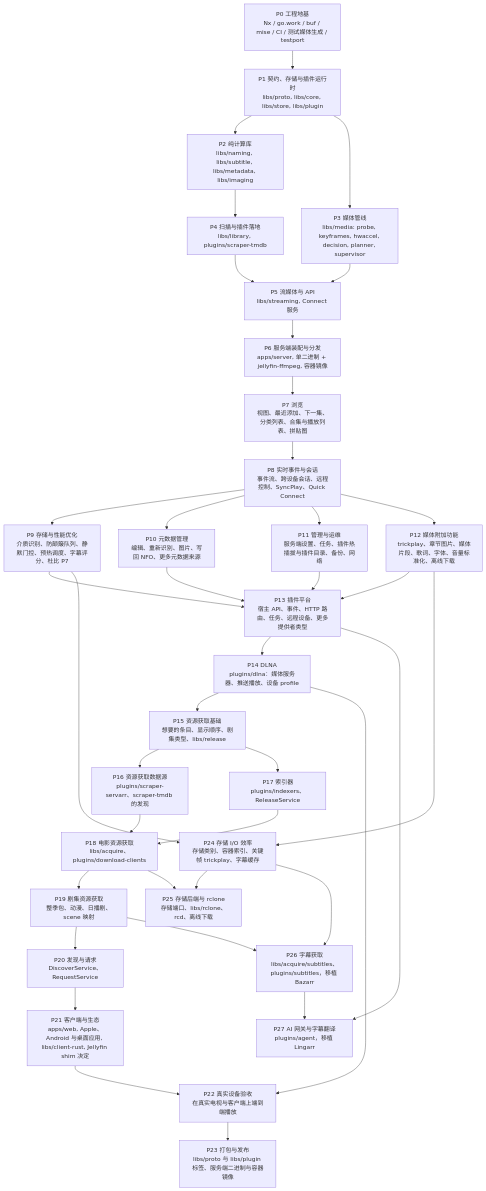
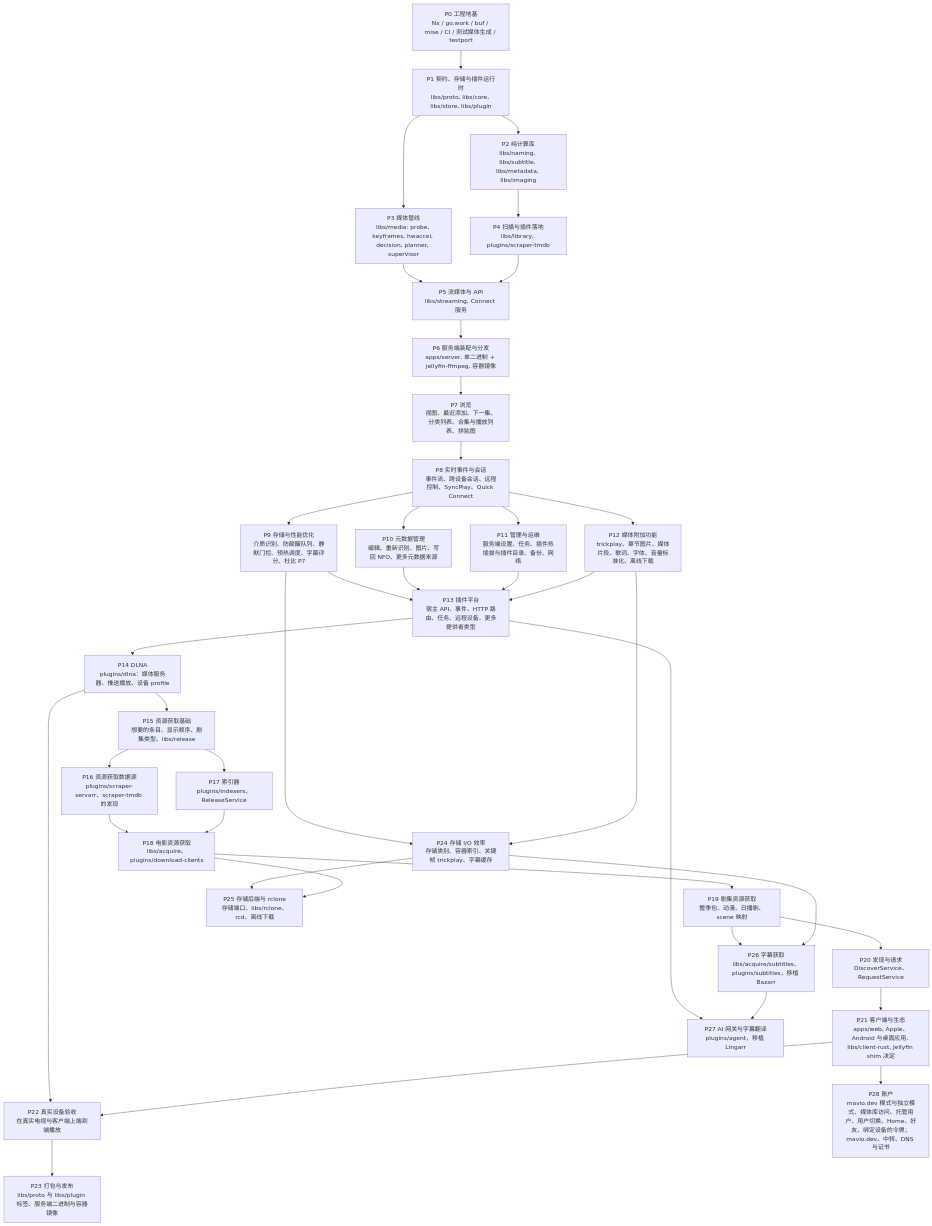
The diagram in docs/roadmap.zh-CN.md (mavioai/mavio), drawn with Mermaid before and after one commit. The commit also changed other lines of this file and 9 other files, not shown here.

Commit message:
docs: design accounts, mavio.dev and its services

````diff
--- a/docs/roadmap.zh-CN.md
+++ b/docs/roadmap.zh-CN.md
@@ -20,69 +20,71 @@
 ```mermaid
 flowchart TD
     P0["P0 工程地基<br/>Nx / go.work / buf / mise / CI / 测试媒体生成 / testport"]
     P1["P1 契约、存储与插件运行时<br/>libs/proto, libs/core, libs/store, libs/plugin"]
     P2["P2 纯计算库<br/>libs/naming, libs/subtitle, libs/metadata, libs/imaging"]
     P3["P3 媒体管线<br/>libs/media: probe, keyframes, hwaccel, decision, planner, supervisor"]
     P4["P4 扫描与插件落地<br/>libs/library, plugins/scraper-tmdb"]
     P5["P5 流媒体与 API<br/>libs/streaming, Connect 服务"]
     P6["P6 服务端装配与分发<br/>apps/server, 单二进制 + jellyfin-ffmpeg, 容器镜像"]
     P7["P7 浏览<br/>视图、最近添加、下一集、分类列表、合集与播放列表、拼贴图"]
     P8["P8 实时事件与会话<br/>事件流、跨设备会话、远程控制、SyncPlay、Quick Connect"]
     P9["P9 存储与性能优化<br/>介质识别、防颠簸队列、静默门控、预热调度、字幕评分、杜比 P7"]
     P10["P10 元数据管理<br/>编辑、重新识别、图片、写回 NFO、更多元数据来源"]
     P11["P11 管理与运维<br/>服务端设置、任务、插件热插拔与插件目录、备份、网络"]
     P12["P12 媒体附加功能<br/>trickplay、章节图片、媒体片段、歌词、字体、音量标准化、离线下载"]
     P13["P13 插件平台<br/>宿主 API、事件、HTTP 路由、任务、远程设备、更多提供者类型"]
     P14["P14 DLNA<br/>plugins/dlna：媒体服务器、推送播放、设备 profile"]
     P15["P15 资源获取基础<br/>想要的条目、显示顺序、剧集类型、libs/release"]
     P16["P16 资源获取数据源<br/>plugins/scraper-servarr、scraper-tmdb 的发现"]
     P17["P17 索引器<br/>plugins/indexers、ReleaseService"]
     P18["P18 电影资源获取<br/>libs/acquire、plugins/download-clients"]
     P19["P19 剧集资源获取<br/>整季包、动漫、日播剧、scene 映射"]
     P20["P20 发现与请求<br/>DiscoverService、RequestService"]
     P21["P21 客户端与生态<br/>apps/web, Apple、Android 与桌面应用, libs/client-rust, Jellyfin shim 决定"]
     P22["P22 真实设备验收<br/>在真实电视与客户端上端到端播放"]
     P23["P23 打包与发布<br/>libs/proto 与 libs/plugin 标签、服务端二进制与容器镜像"]
     P24["P24 存储 I/O 效率<br/>存储类别、容器索引、关键帧 trickplay、字幕缓存"]
     P25["P25 存储后端与 rclone<br/>存储端口、libs/rclone、rcd、离线下载"]
     P26["P26 字幕获取<br/>libs/acquire/subtitles、plugins/subtitles，移植 Bazarr"]
     P27["P27 AI 网关与字幕翻译<br/>plugins/agent，移植 Lingarr"]
+    P28["P28 账户<br/>mavio.dev 模式与独立模式、媒体库访问、托管用户、用户切换、Home、好友、绑定设备的令牌；mavio.dev、中转、DNS 与证书"]
 
     P0 --> P1
     P1 --> P2
     P1 --> P3
     P2 --> P4
     P3 --> P5
     P4 --> P5
     P5 --> P6
     P6 --> P7
     P7 --> P8
     P8 --> P9
     P8 --> P10
     P8 --> P11
     P8 --> P12
     P9 --> P13
     P10 --> P13
     P11 --> P13
     P12 --> P13
     P13 --> P14
     P14 --> P15
     P15 --> P16
     P15 --> P17
     P16 --> P18
     P17 --> P18
     P18 --> P19
     P19 --> P20
     P20 --> P21
     P14 --> P22
     P21 --> P22
     P22 --> P23
     P9 --> P24
     P12 --> P24
     P24 --> P25
     P18 --> P25
     P19 --> P26
     P24 --> P26
     P13 --> P27
     P26 --> P27
+    P21 --> P28
 ```
````
